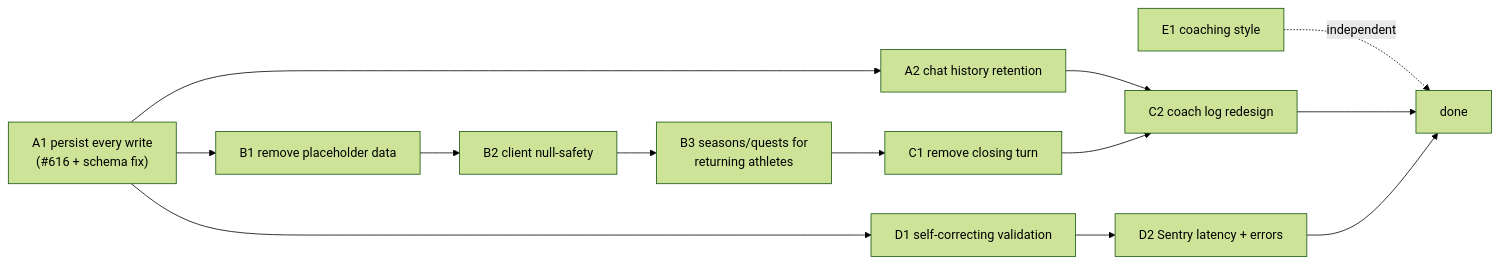
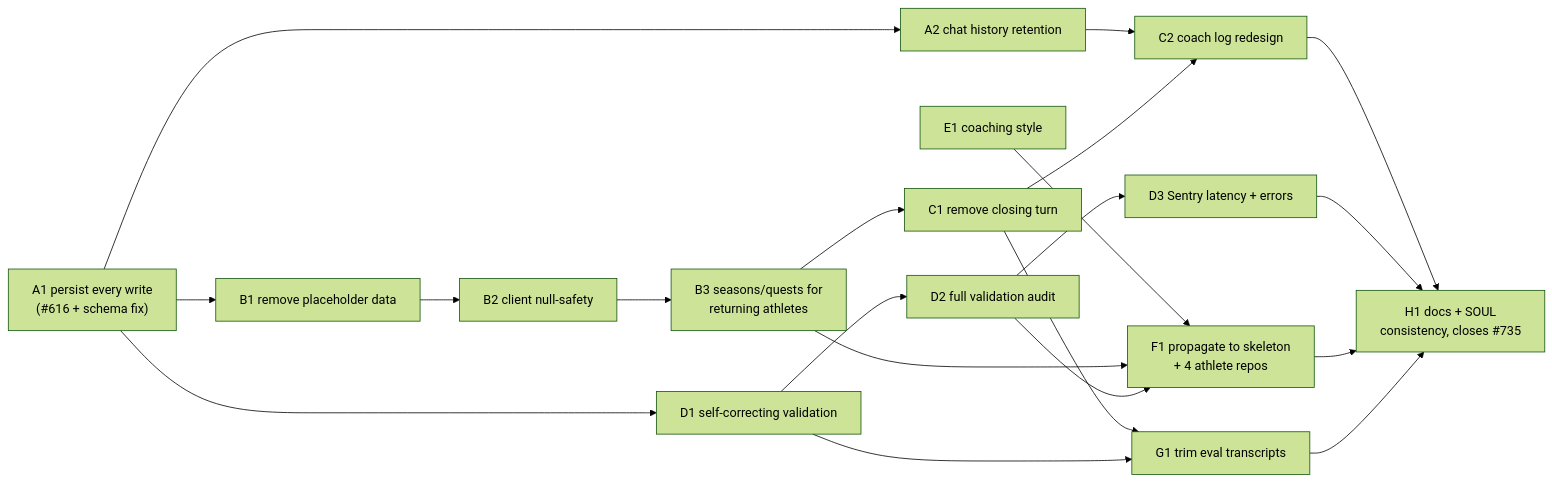
The diagram in docs/plans/chat-commit-redesign.md (sibling-shipyard/coach-hq), drawn with Mermaid (forest theme) before and after one commit. The commit also changed other lines of this file and 6 other files, not shown here.

First line of the commit message:
docs: add repo-migration, full validation audit, eval-transcript trim, and docs/SOUL consistency milestones

````diff
--- a/docs/plans/chat-commit-redesign.md
+++ b/docs/plans/chat-commit-redesign.md
@@ -29,15 +35,22 @@
 ```mermaid
 flowchart LR
   A1["A1 persist every write\n(#616 + schema fix)"] --> B1["B1 remove placeholder data"]
   A1 --> A2["A2 chat history retention"]
   B1 --> B2["B2 client null-safety"]
   B2 --> B3["B3 seasons/quests for\nreturning athletes"]
   B3 --> C1["C1 remove closing turn"]
   A2 --> C2["C2 coach log redesign"]
   C1 --> C2
   A1 --> D1["D1 self-correcting validation"]
-  D1 --> D2["D2 Sentry latency + errors"]
-  E1["E1 coaching style"] -.->|independent| done["done"]
-  C2 --> done
-  D2 --> done
+  D1 --> D2["D2 full validation audit"]
+  D2 --> D3["D3 Sentry latency + errors"]
+  E1["E1 coaching style"] --> F1
+  B3 --> F1["F1 propagate to skeleton\n+ 4 athlete repos"]
+  D2 --> F1
+  C1 --> G1["G1 trim eval transcripts"]
+  D1 --> G1
+  C2 --> H1["H1 docs + SOUL\nconsistency, closes #735"]
+  D3 --> H1
+  F1 --> H1
+  G1 --> H1
 ```
````
